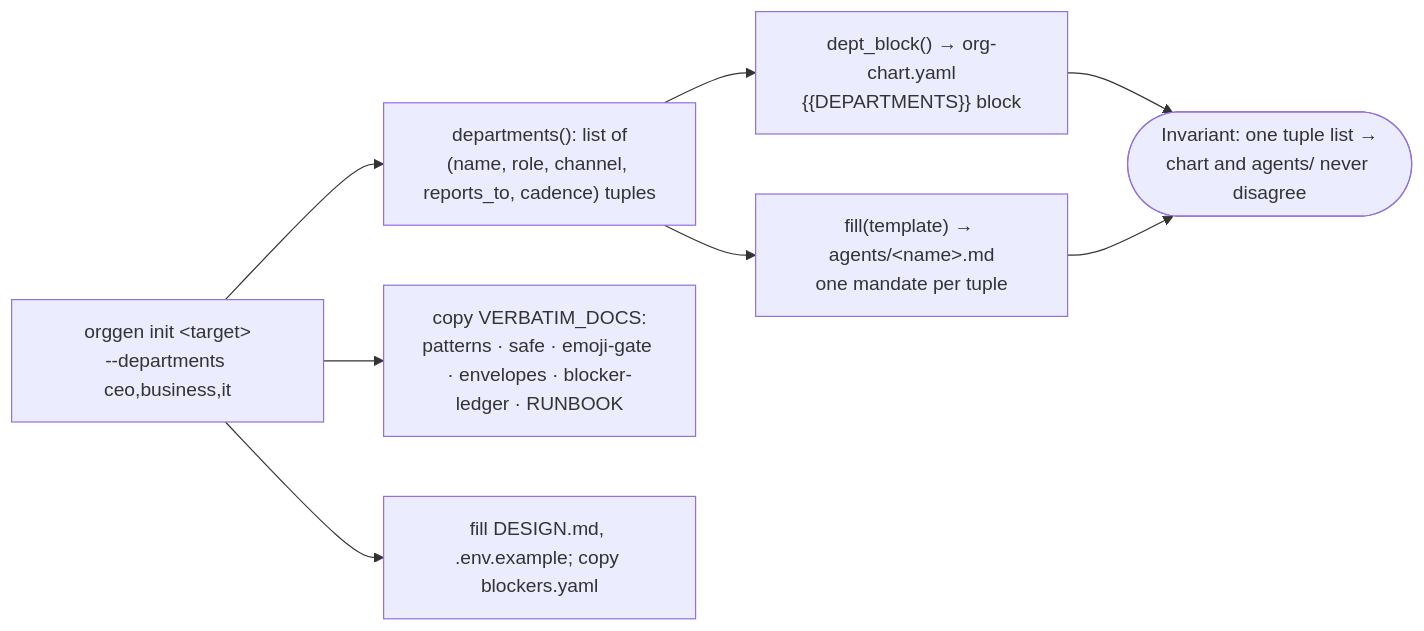
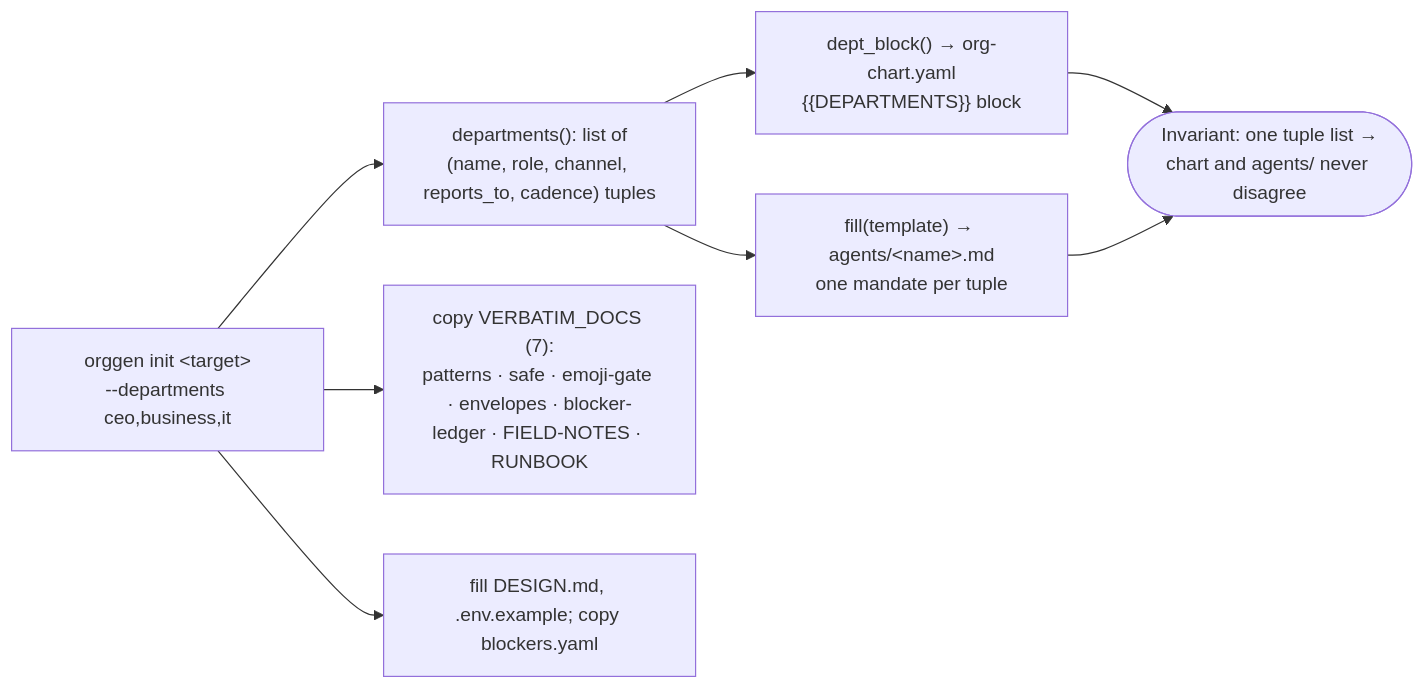
The eighth of 9 diagrams in docs/ARCHITECTURE.md (johnplantada/scrum-jail-governance-playbook), drawn with Mermaid before and after one commit. The commit also changed other lines of this file, not shown here.

First line of the commit message:
docs(architecture): fix accuracy drift vs the live playbook

````diff
--- a/docs/ARCHITECTURE.md
+++ b/docs/ARCHITECTURE.md
@@ -244,10 +251,10 @@
 ```mermaid
 flowchart LR
     Args["orggen init &lt;target&gt;<br/>--departments ceo,business,it"] --> Tup["departments(): list of<br/>(name, role, channel, reports_to, cadence) tuples"]
     Tup --> Chart["dept_block() → org-chart.yaml<br/>{{DEPARTMENTS}} block"]
     Tup --> Agents["fill(template) → agents/&lt;name&gt;.md<br/>one mandate per tuple"]
-    Args --> Docs["copy VERBATIM_DOCS:<br/>patterns · safe · emoji-gate · envelopes · blocker-ledger · RUNBOOK"]
+    Args --> Docs["copy VERBATIM_DOCS (7):<br/>patterns · safe · emoji-gate · envelopes · blocker-ledger · FIELD-NOTES · RUNBOOK"]
     Args --> Fill["fill DESIGN.md, .env.example; copy blockers.yaml"]
     Chart --> Inv(["Invariant: one tuple list →<br/>chart and agents/ never disagree"])
     Agents --> Inv
 ```
````
